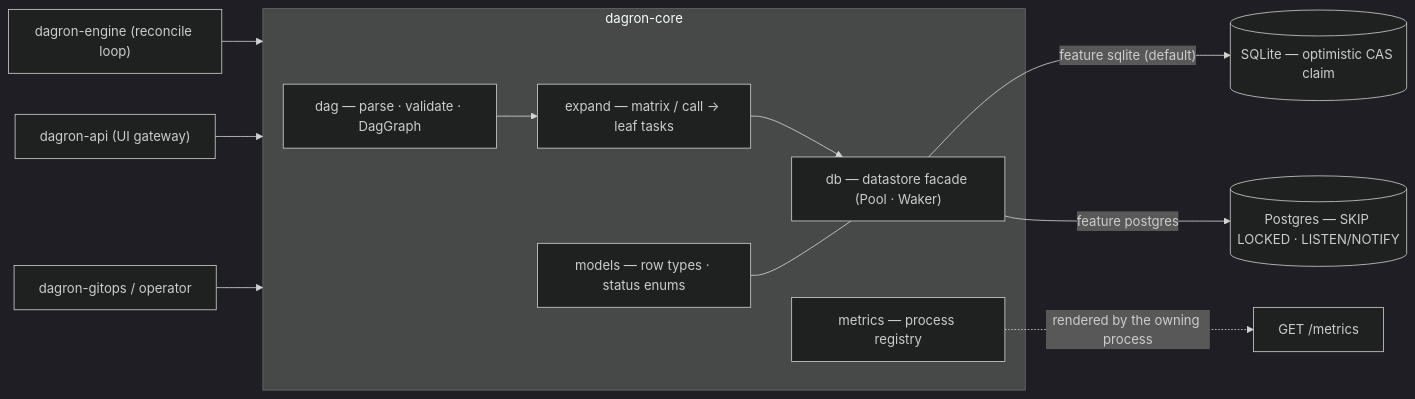
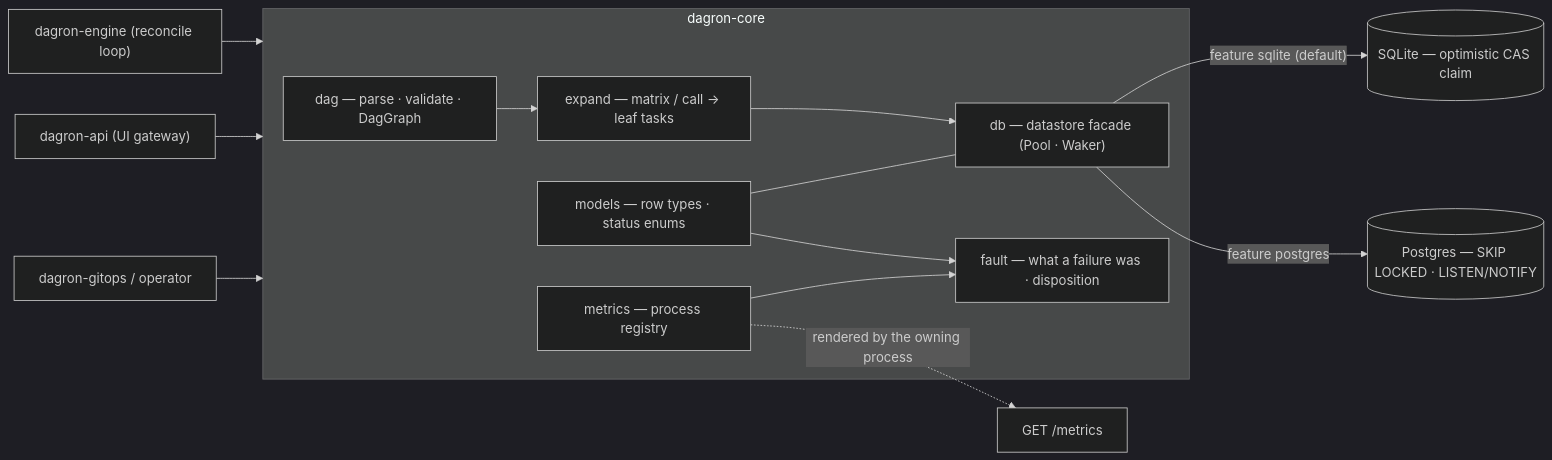
The first of 2 diagrams in crates/dagron-core/README.md (lucheeseng827/dagron), drawn with Mermaid (dark theme) before and after one commit. The commit also changed other lines of this file and 198 other files, not shown here.

````diff
--- a/crates/dagron-core/README.md
+++ b/crates/dagron-core/README.md
@@ -11,20 +11,23 @@
 ```mermaid
 flowchart LR
   eng["dagron-engine (reconcile loop)"] --> core
   api["dagron-api (UI gateway)"] --> core
   gitops["dagron-gitops / operator"] --> core
 
   subgraph core["dagron-core"]
     dag["dag — parse · validate · DagGraph"]
     expand["expand — matrix / call → leaf tasks"]
     models["models — row types · status enums"]
+    fault["fault — what a failure was · disposition"]
     db["db — datastore facade (Pool · Waker)"]
     metrics["metrics — process registry"]
     dag --> expand --> db
     models --- db
+    models --> fault
+    metrics --> fault
   end
 
   db -->|"feature sqlite (default)"| sqlite[("SQLite — optimistic CAS claim")]
   db -->|"feature postgres"| pg[("Postgres — SKIP LOCKED · LISTEN/NOTIFY")]
   metrics -. "rendered by the owning process" .-> scrape["GET /metrics"]
 ```
````
